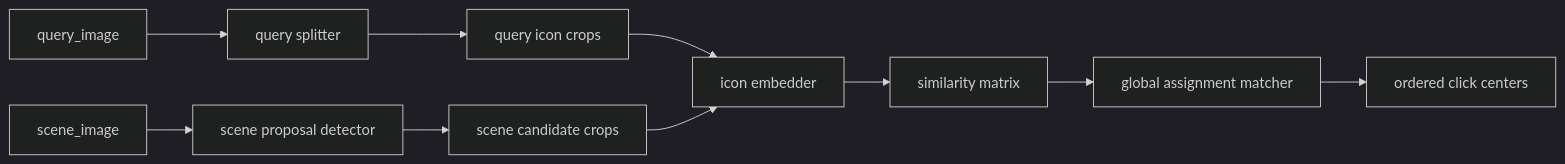
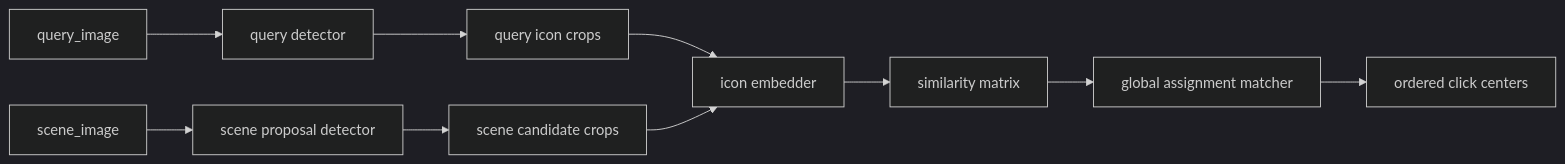
The diagram in docs/04-project-development/04-design/group1-instance-matching-refactor.md (uroborus2s/sinan-captcha), drawn with Mermaid (dark theme) before and after one commit. The commit also changed other lines of this file and 33 other files, not shown here.

````diff
--- a/docs/04-project-development/04-design/group1-instance-matching-refactor.md
+++ b/docs/04-project-development/04-design/group1-instance-matching-refactor.md
@@ -48,12 +61,12 @@
 ```mermaid
 flowchart LR
-    A["query_image"] --> B["query splitter"]
+    A["query_image"] --> B["query detector"]
     C["scene_image"] --> D["scene proposal detector"]
     B --> E["query icon crops"]
     D --> F["scene candidate crops"]
     E --> G["icon embedder"]
     F --> G
     G --> H["similarity matrix"]
     H --> I["global assignment matcher"]
     I --> J["ordered click centers"]
 ```
````
